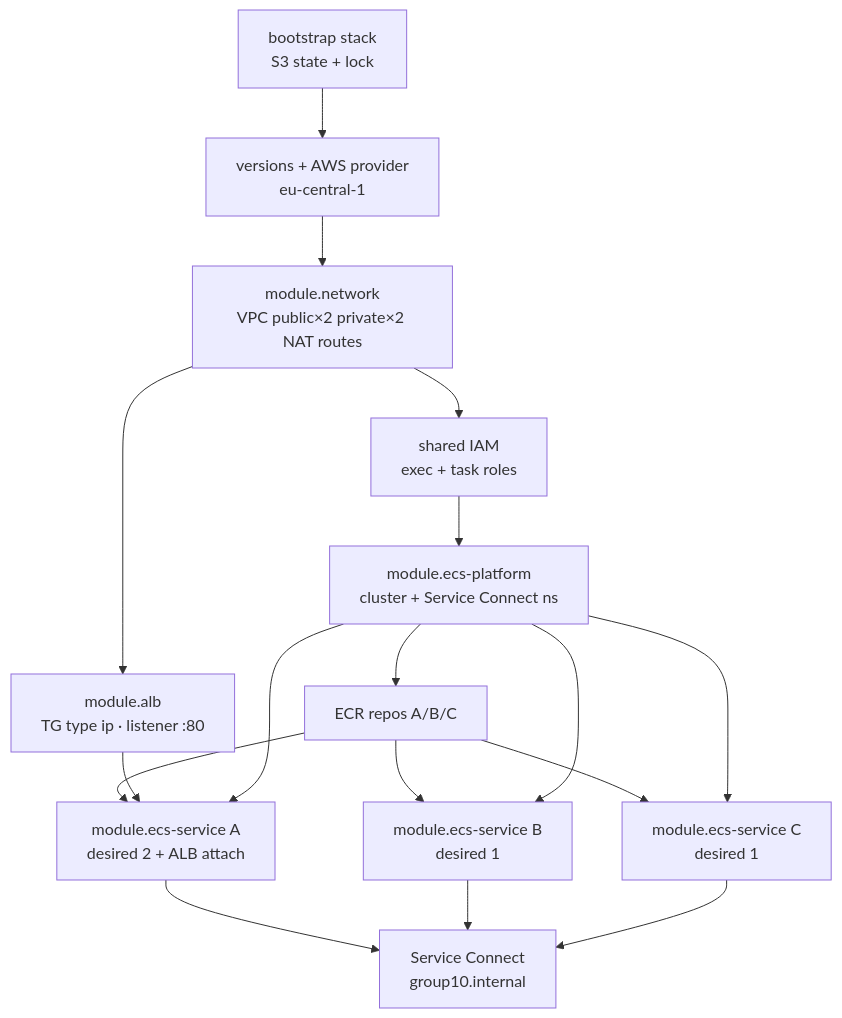
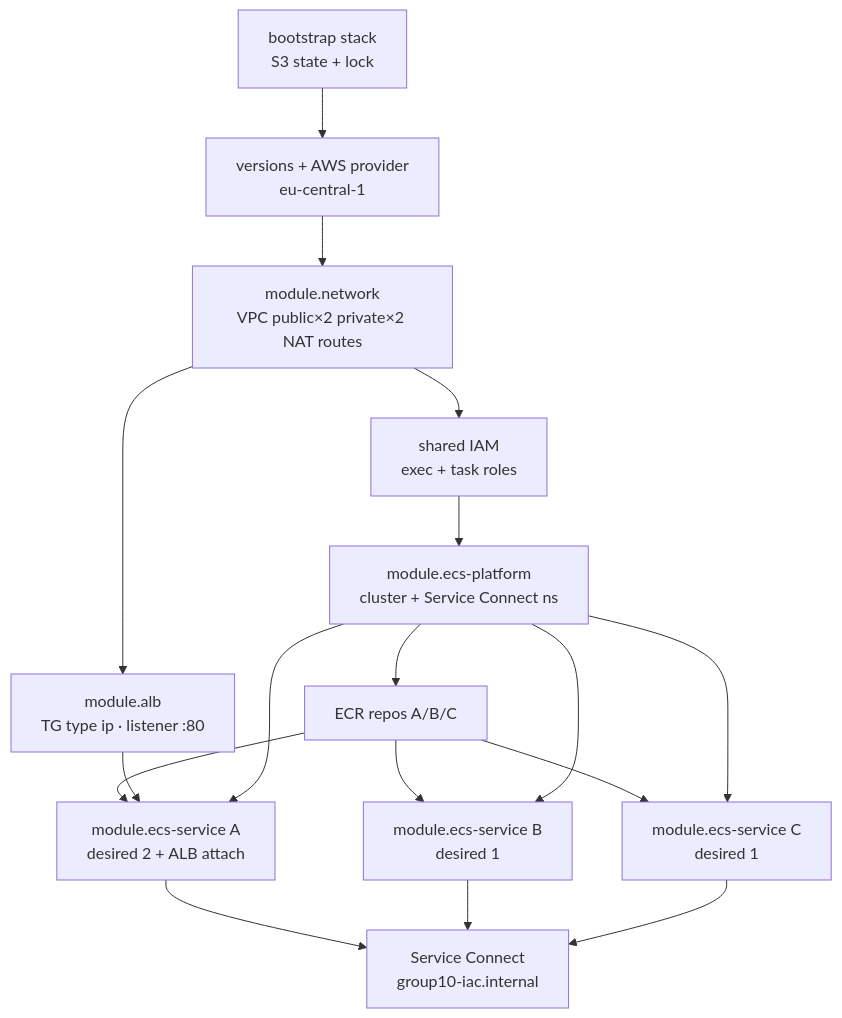
Before and after one commit to yordanoshagos/devops-satellite-telemetry: the diagram in docs/iac-ecs-greenfield-lab/01-dependency-graph.md, drawn with Mermaid. The commit also changed other lines of this file and 4 other files, not shown here.

Commit message:
fix(lab): align Service Connect DNS with app hostnames

````diff
--- a/docs/iac-ecs-greenfield-lab/01-dependency-graph.md
+++ b/docs/iac-ecs-greenfield-lab/01-dependency-graph.md
@@ -16,19 +16,19 @@
 ```mermaid
 graph TD
     BOOT[bootstrap stack<br/>S3 state + lock] --> VER[versions + AWS provider<br/>eu-central-1]
     VER --> NET[module.network<br/>VPC public×2 private×2 NAT routes]
     NET --> IAM[shared IAM<br/>exec + task roles]
     IAM --> PLAT[module.ecs-platform<br/>cluster + Service Connect ns]
     PLAT --> ECR[ECR repos A/B/C]
     ECR --> SVCA[module.ecs-service A<br/>desired 2 + ALB attach]
     ECR --> SVCB[module.ecs-service B<br/>desired 1]
     ECR --> SVCC[module.ecs-service C<br/>desired 1]
     NET --> ALB[module.alb<br/>TG type ip · listener :80]
     ALB --> SVCA
     PLAT --> SVCA
     PLAT --> SVCB
     PLAT --> SVCC
-    SVCA --> SC[Service Connect<br/>group10.internal]
+    SVCA --> SC[Service Connect<br/>group10-iac.internal]
     SVCB --> SC
     SVCC --> SC
 ```
````
